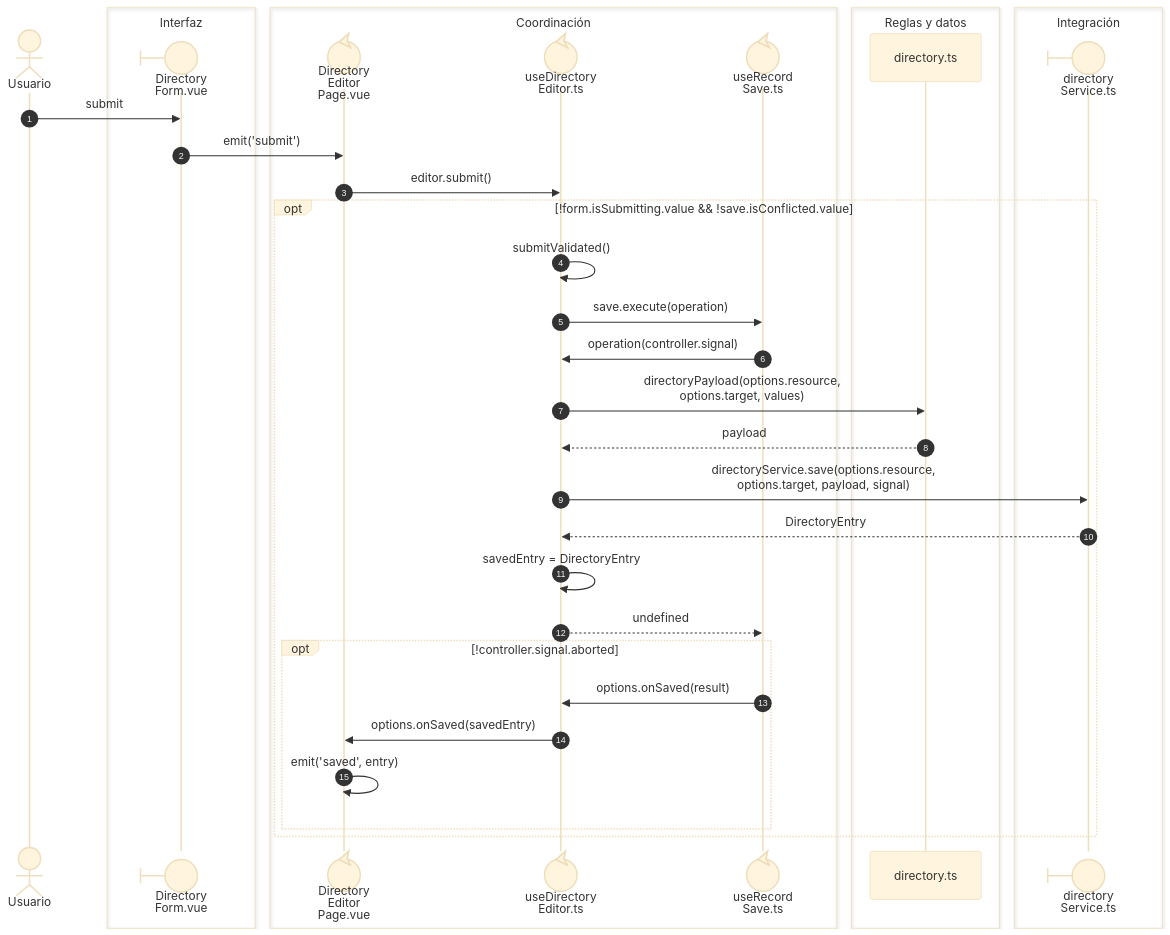
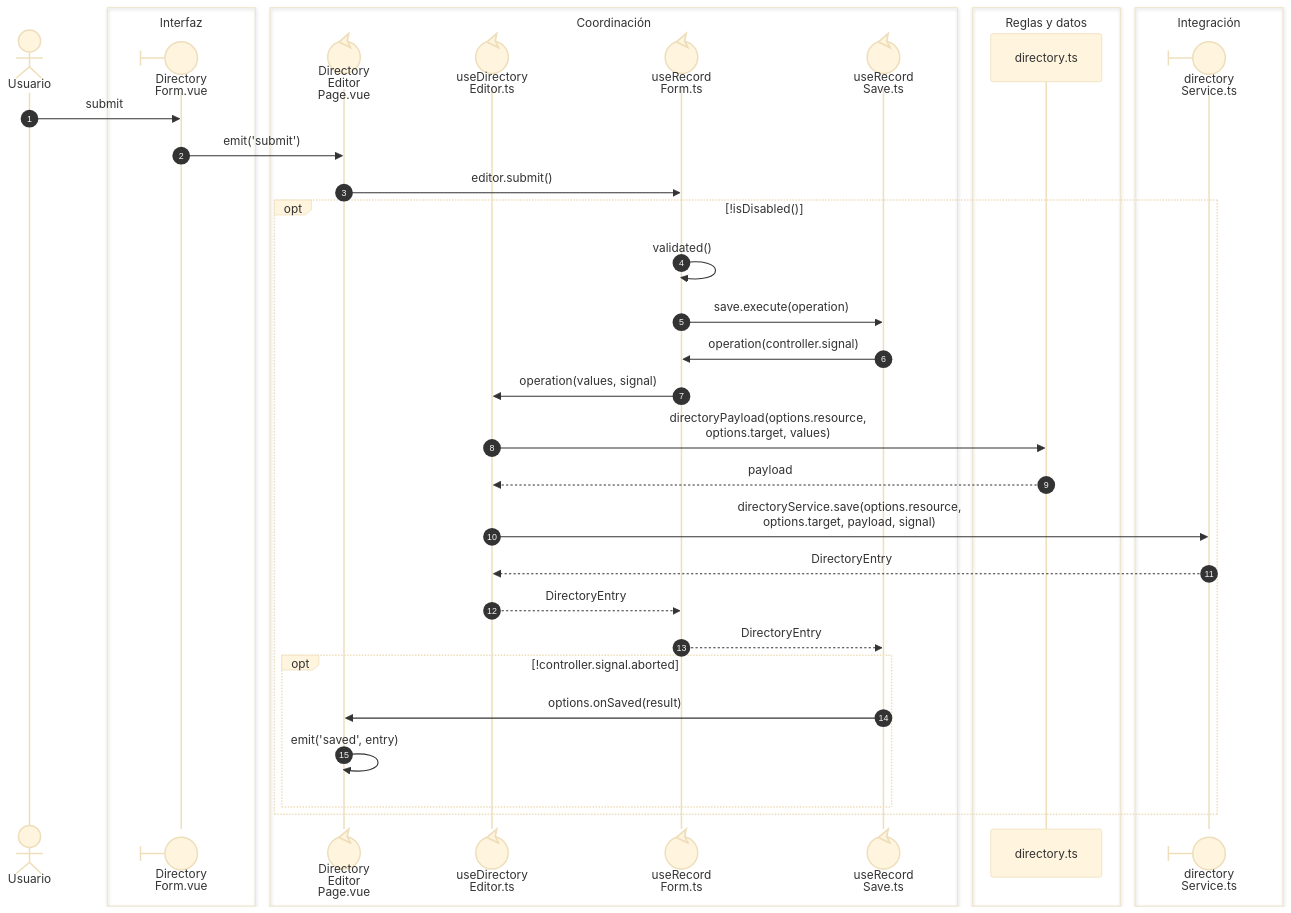
The first of 2 diagrams in front/docs/architecture/views/processes/03-catalogs-and-directory/02-directory-save.md (gpgsistemas01/nexus), drawn with Mermaid (base theme) before and after one commit. The commit also changed other lines of this file and 82 other files, not shown here.

````diff
--- a/front/docs/architecture/views/processes/03-catalogs-and-directory/02-directory-save.md
+++ b/front/docs/architecture/views/processes/03-catalogs-and-directory/02-directory-save.md
@@ -7,38 +7,39 @@
 ```mermaid
 sequenceDiagram
     autonumber
     actor U as Usuario
     box Interfaz
     participant Form@{ "type": "boundary" } as Directory<br/>Form.vue
     end
     box Coordinación
     participant Page@{ "type": "control" } as Directory<br/>Editor<br/>Page.vue
     participant Editor@{ "type": "control" } as useDirectory<br/>Editor.ts
+    participant Record@{ "type": "control" } as useRecord<br/>Form.ts
     participant Save@{ "type": "control" } as useRecord<br/>Save.ts
     end
     box Reglas y datos
     participant Payload as directory.ts
     end
     box Integración
     participant Service@{ "type": "boundary" } as directory<br/>Service.ts
     end
     U->>Form: nowrap: submit
     Form->>Page: nowrap: emit('submit')
-    Page->>Editor: nowrap: editor.submit()
-    opt nowrap: !form.isSubmitting.value && !save.isConflicted.value
-        Editor->>Editor: nowrap: submitValidated()
-        Editor->>Save: nowrap: save.execute(operation)
-        Save->>Editor: nowrap: operation(controller.signal)
+    Page->>Record: nowrap: editor.submit()
+    opt nowrap: !isDisabled()
+        Record->>Record: nowrap: validated()
+        Record->>Save: nowrap: save.execute(operation)
+        Save->>Record: nowrap: operation(controller.signal)
+        Record->>Editor: nowrap: operation(values, signal)
         Editor->>Payload: nowrap: directoryPayload(options.resource,<br/>options.target, values)
         Payload-->>Editor: nowrap: payload
         Editor->>Service: nowrap: directoryService.save(options.resource,<br/>options.target, payload, signal)
         Service-->>Editor: nowrap: DirectoryEntry
-        Editor->>Editor: nowrap: savedEntry = DirectoryEntry
-        Editor-->>Save: nowrap: undefined
+        Editor-->>Record: nowrap: DirectoryEntry
+        Record-->>Save: nowrap: DirectoryEntry
         opt nowrap: !controller.signal.aborted
-            Save->>Editor: nowrap: options.onSaved(result)
-            Editor->>Page: nowrap: options.onSaved(savedEntry)
+            Save->>Page: nowrap: options.onSaved(result)
             Page->>Page: nowrap: emit('saved', entry)
         end
     end
 ```
````
